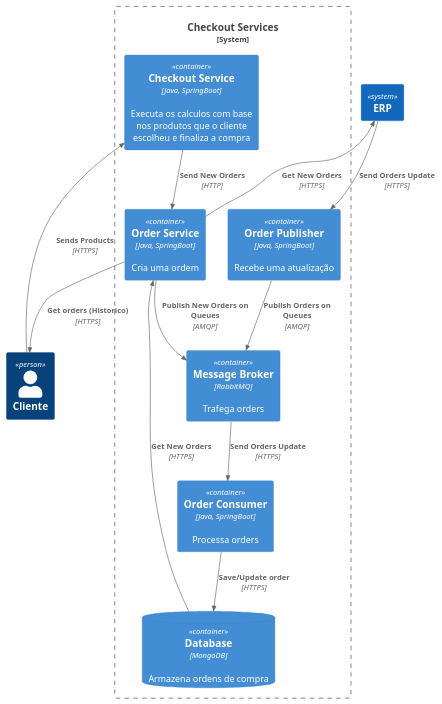
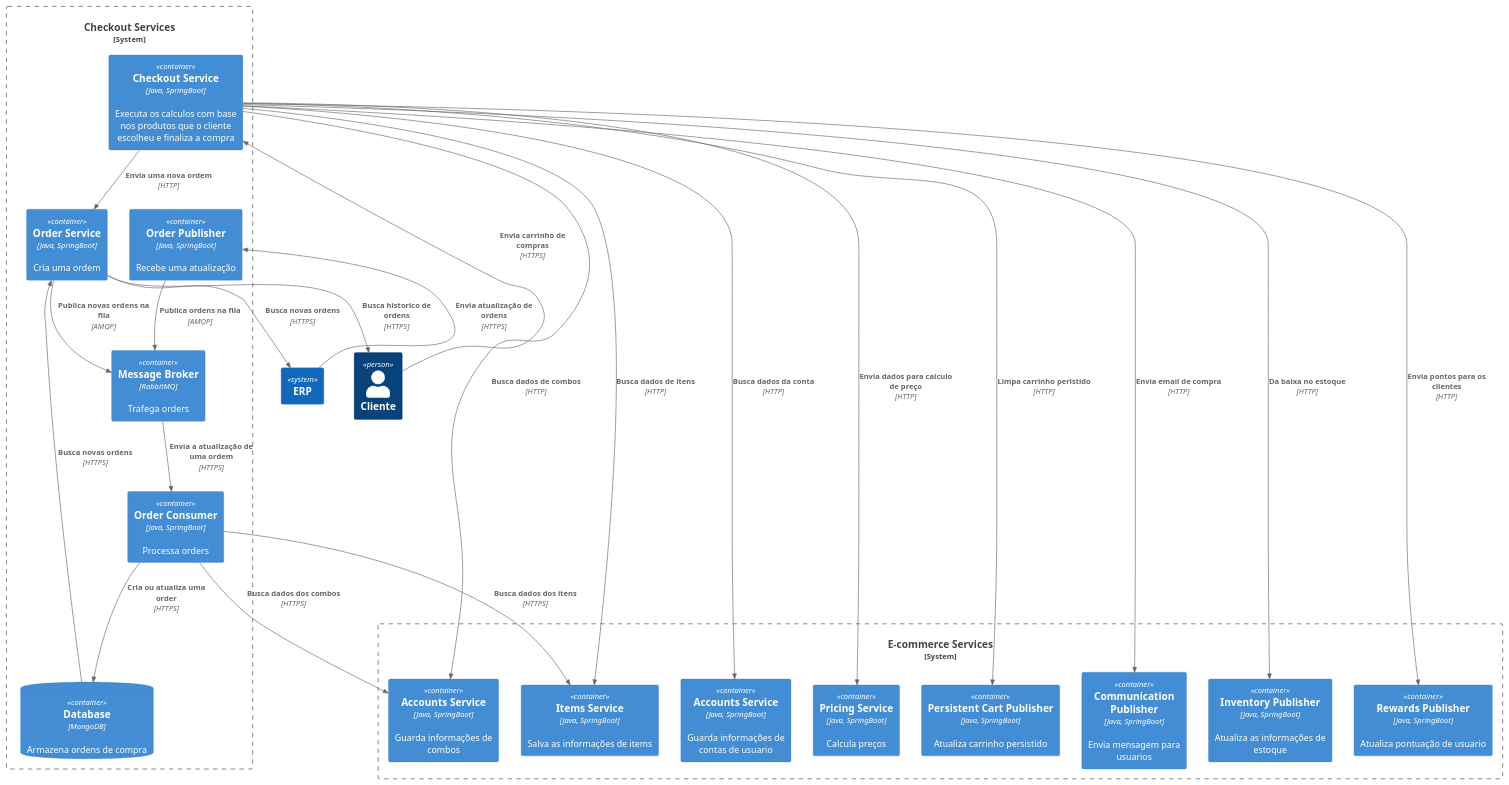
Before and after one commit to lvictor05/IGTI-ProjetoFinal: the diagram in Legado/Legado-C2.plantuml, drawn with PlantUML. The commit also changed 3 other files, not shown here.

```diff
--- a/Legado/Legado-C2.plantuml
+++ b/Legado/Legado-C2.plantuml
@@ -1,33 +1,55 @@
 @startuml C1 - Legado
 !include https://raw.githubusercontent.com/plantuml-stdlib/C4-PlantUML/master/C4_Container.puml
 
 Person(cliente, "Cliente")
 
 System_Boundary(b_checkout, "Checkout Services") {
     Container(checkout, "Checkout Service", "Java, SpringBoot", "Executa os calculos com base nos produtos que o cliente escolheu e finaliza a compra")
     Container(order_service, "Order Service", "Java, SpringBoot", "Cria uma ordem")
     Container(order_consumer, "Order Consumer", "Java, SpringBoot", "Processa orders")
     Container(order_publisher, "Order Publisher", "Java, SpringBoot", "Recebe uma atualização")
     Container(rabbit, "Message Broker", "RabbitMQ", "Trafega orders")
     ContainerDb(mongo, "Database", "MongoDB", "Armazena ordens de compra")
 }
 
+System_Boundary(b_other_services, "E-commerce Services") {
+    Container(accounts, "Accounts Service", "Java, SpringBoot", "Guarda informações de contas de usuario")
+    Container(pricing, "Pricing Service", "Java, SpringBoot", "Calcula preços")
+    Container(combos, "Accounts Service", "Java, SpringBoot", "Guarda informações de combos")
+    Container(items, "Items Service", "Java, SpringBoot", "Salva as informações de items")
+    Container(persistentCart, "Persistent Cart Publisher", "Java, SpringBoot", "Atualiza carrinho persistido")
+    Container(communications, "Communication Publisher", "Java, SpringBoot", "Envia mensagem para usuarios")
+    Container(inventory, "Inventory Publisher", "Java, SpringBoot", "Atualiza as informações de estoque")
+    Container(rewards, "Rewards Publisher", "Java, SpringBoot", "Atualiza pontuação de usuario")
+}
+
 System(erp, "ERP")
-Rel(cliente, checkout, "Sends Products", "HTTPS")
+Rel(cliente, checkout, "Envia carrinho de compras", "HTTPS")
 
-Rel(checkout, order_service, "Send New Orders", "HTTP")
+Rel(checkout, order_service, "Envia uma nova ordem", "HTTP")
+Rel(checkout, accounts, "Busca dados da conta", "HTTP")
+Rel(checkout, pricing, "Envia dados para calculo de preço", "HTTP")
+Rel(checkout, combos, "Busca dados de combos", "HTTP")
+Rel(checkout, items, "Busca dados de itens", "HTTP")
+Rel(checkout, persistentCart, "Limpa carrinho peristido", "HTTP")
+Rel(checkout, communications, "Envia email de compra", "HTTP")
+Rel(checkout, inventory, "Da baixa no estoque", "HTTP")
+Rel(checkout, rewards, "Envia pontos para os clientes", "HTTP")
 
-Rel(order_service, cliente, "Get orders (Historico)", "HTTPS")
-Rel(order_service, rabbit, "Publish New Orders on Queues", "AMQP")
-Rel(order_service, erp, "Get New Orders", "HTTPS")
 
-Rel(order_consumer, mongo, "Save/Update order", "HTTPS")
+Rel(order_service, cliente, "Busca historico de ordens", "HTTPS")
+Rel(order_service, rabbit, "Publica novas ordens na fila", "AMQP")
+Rel(order_service, erp, "Busca novas ordens", "HTTPS")
 
-Rel(rabbit, order_consumer, "Send Orders Update", "HTTPS")
+Rel(order_consumer, mongo, "Cria ou atualiza uma order", "HTTPS")
+Rel(order_consumer, items, "Busca dados dos itens", "HTTPS")
+Rel(order_consumer, combos, "Busca dados dos combos", "HTTPS")
 
-Rel(order_publisher, rabbit, "Publish Orders on Queues", "AMQP")
+Rel(rabbit, order_consumer, "Envia a atualização de uma ordem", "HTTPS")
 
-Rel(erp, order_publisher, "Send Orders Update", "HTTPS")
+Rel(order_publisher, rabbit, "Publica ordens na fila", "AMQP")
 
-Rel(mongo, order_service, "Get New Orders", "HTTPS")
+Rel(erp, order_publisher, "Envia atualização de ordens", "HTTPS")
+
+Rel(mongo, order_service, "Busca novas ordens", "HTTPS")
 @enduml
```
